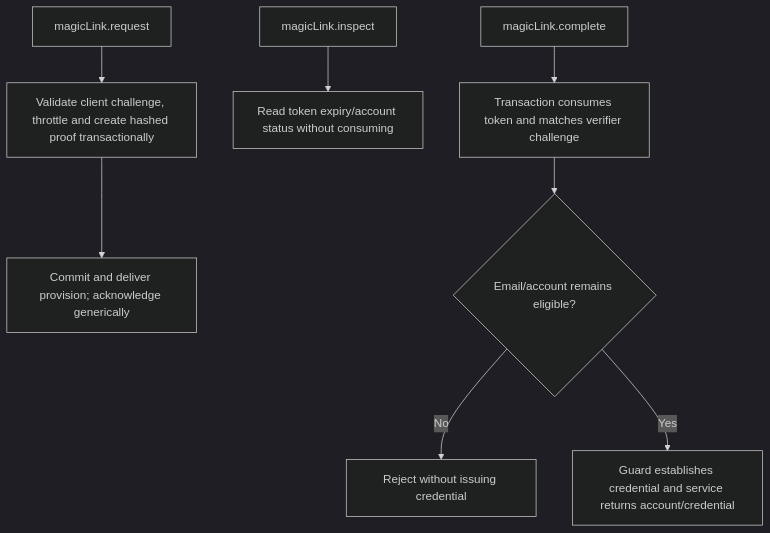
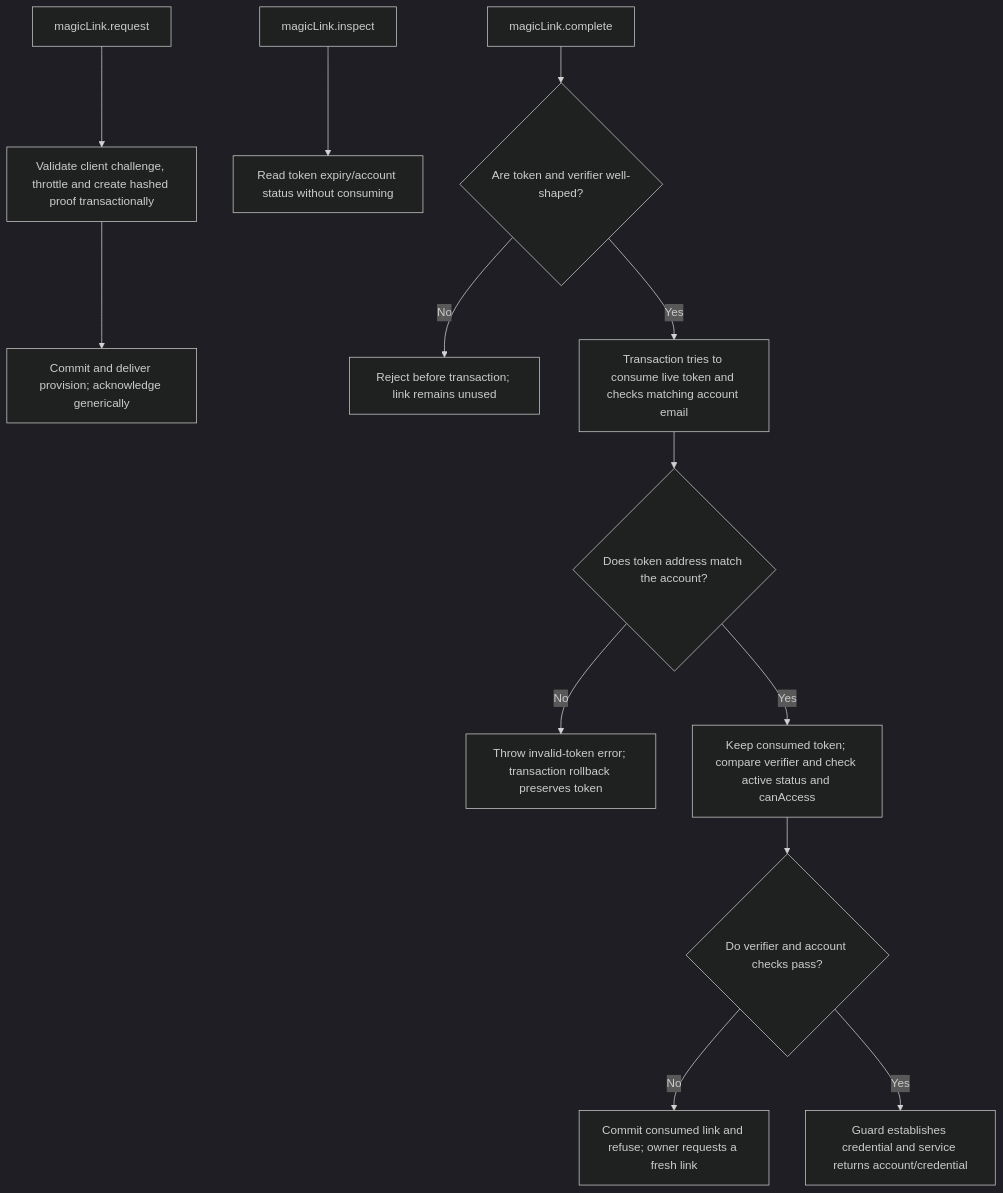
The second of 2 diagrams in user-stories/US-ACCOUNT-13-magic-link.md (Kevinjohn/oss-adonisjs-account-kit), drawn with Mermaid (dark theme) before and after one commit. The commit also changed other lines of this file and 17 other files, not shown here.

````diff
--- a/user-stories/US-ACCOUNT-13-magic-link.md
+++ b/user-stories/US-ACCOUNT-13-magic-link.md
@@ -33,10 +35,15 @@
 ```mermaid
 flowchart TD
  A["magicLink.request"] --> B["Validate client challenge, throttle and create hashed proof transactionally"]
  B --> C["Commit and deliver provision; acknowledge generically"]
  D["magicLink.inspect"] --> E["Read token expiry/account status without consuming"]
- F["magicLink.complete"] --> G["Transaction consumes token and matches verifier challenge"]
- G --> H{"Email/account remains eligible?"}
- H -->|No| I["Reject without issuing credential"]
- H -->|Yes| J["Guard establishes credential and service returns account/credential"]
+ F["magicLink.complete"] --> G{"Are token and verifier well-shaped?"}
+ G -->|No| H["Reject before transaction; link remains unused"]
+ G -->|Yes| I["Transaction tries to consume live token and checks matching account email"]
+ I --> J{"Does token address match the account?"}
+ J -->|No| O["Throw invalid-token error; transaction rollback preserves token"]
+ J -->|Yes| K["Keep consumed token; compare verifier and check active status and canAccess"]
+ K --> L{"Do verifier and account checks pass?"}
+ L -->|No| M["Commit consumed link and refuse; owner requests a fresh link"]
+ L -->|Yes| N["Guard establishes credential and service returns account/credential"]
 ```
````
